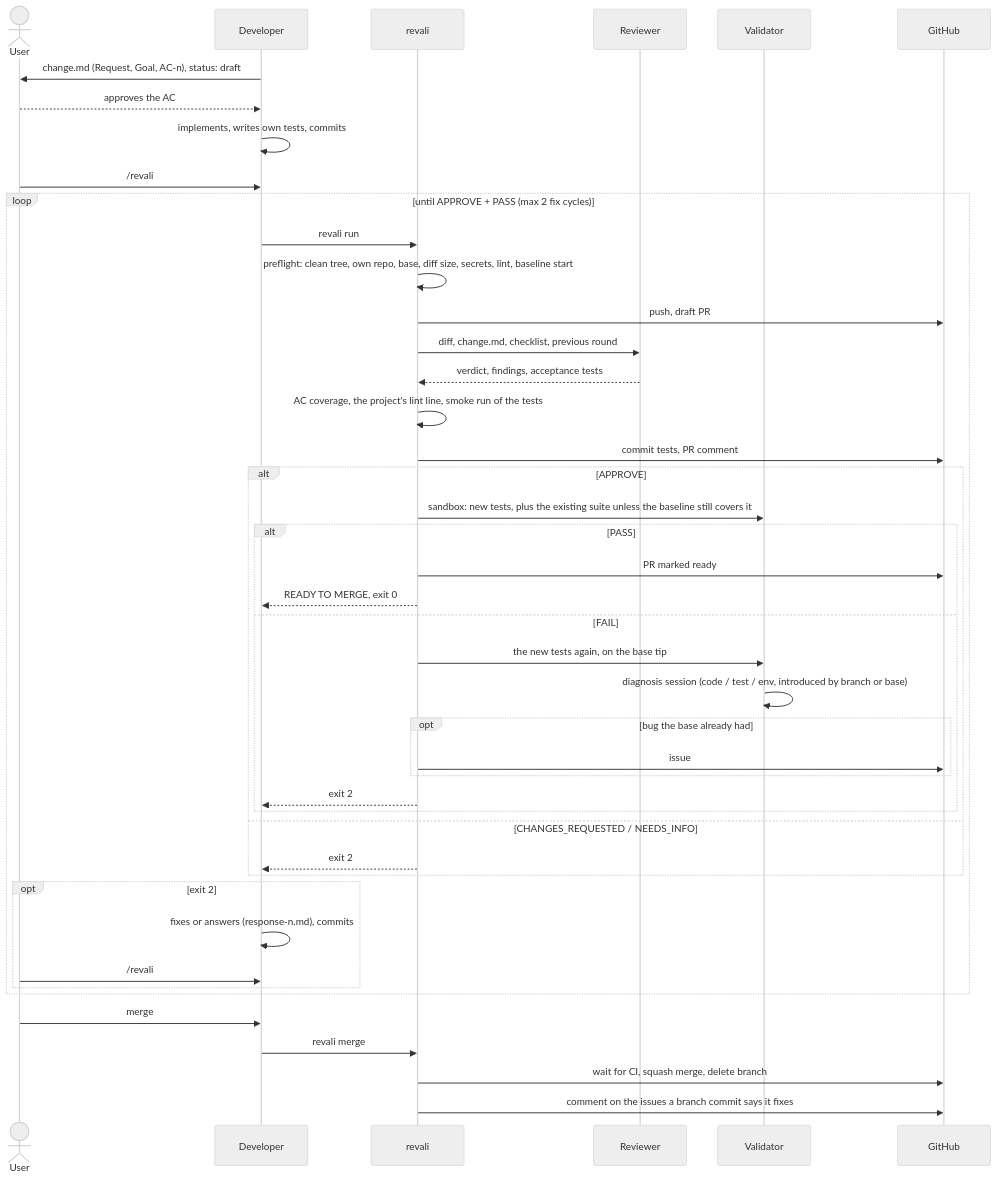
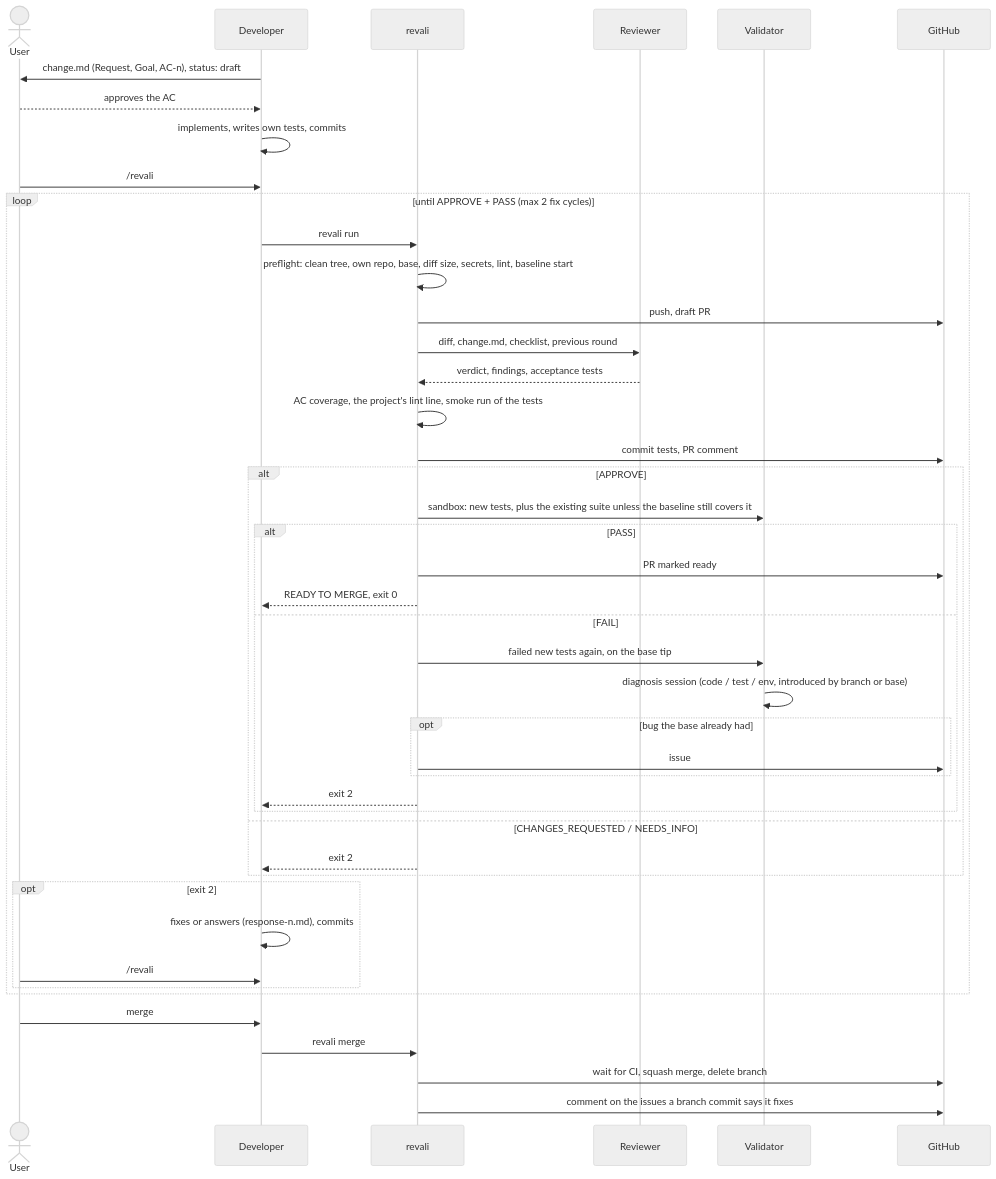
Before and after one commit to ianmhuang/revali: the diagram in README.md, drawn with Mermaid (neutral theme). The commit also changed other lines of this file and 9 other files, not shown here.

````diff
--- a/README.md
+++ b/README.md
@@ -31,47 +32,47 @@
 ```mermaid
 sequenceDiagram
     actor U as User
     participant D as Developer
     participant R as revali
     participant B as Reviewer
     participant V as Validator
     participant G as GitHub
 
     D->>U: change.md (Request, Goal, AC-n), status: draft
     U-->>D: approves the AC
     D->>D: implements, writes own tests, commits
     U->>D: /revali
     loop until APPROVE + PASS (max 2 fix cycles)
         D->>R: revali run
         R->>R: preflight: clean tree, own repo, base, diff size, secrets, lint, baseline start
         R->>G: push, draft PR
         R->>B: diff, change.md, checklist, previous round
         B-->>R: verdict, findings, acceptance tests
         R->>R: AC coverage, the project's lint line, smoke run of the tests
         R->>G: commit tests, PR comment
         alt APPROVE
             R->>V: sandbox: new tests, plus the existing suite unless the baseline still covers it
             alt PASS
                 R->>G: PR marked ready
                 R-->>D: READY TO MERGE, exit 0
             else FAIL
-                R->>V: the new tests again, on the base tip
+                R->>V: failed new tests again, on the base tip
                 V->>V: diagnosis session (code / test / env, introduced by branch or base)
                 opt bug the base already had
                     R->>G: issue
                 end
                 R-->>D: exit 2
             end
         else CHANGES_REQUESTED / NEEDS_INFO
             R-->>D: exit 2
         end
         opt exit 2
             D->>D: fixes or answers (response-n.md), commits
             U->>D: /revali
         end
     end
     U->>D: merge
     D->>R: revali merge
     R->>G: wait for CI, squash merge, delete branch
     R->>G: comment on the issues a branch commit says it fixes
 ```
````
